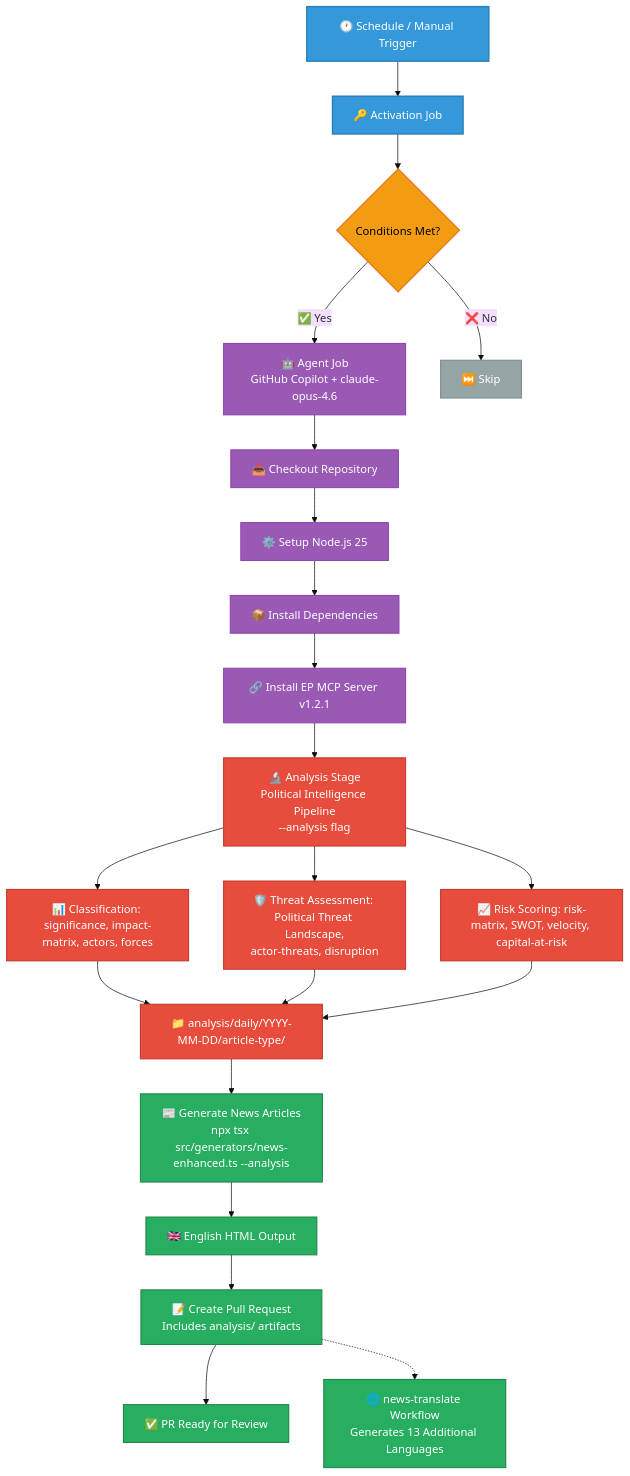
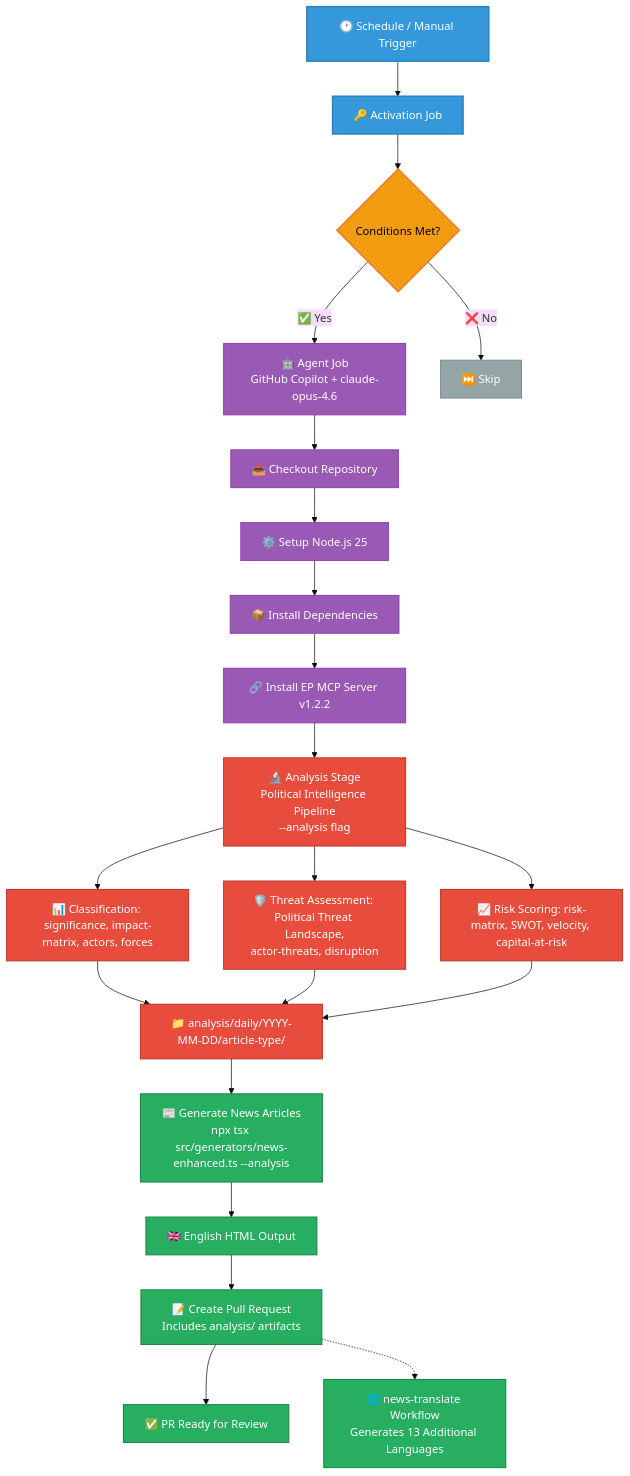
One commit to Hack23/euparliamentmonitor changed the third of 21 diagrams in WORKFLOWS.md. Above: the diagram before and after it, drawn with Mermaid (base theme). The commit also changed other lines of this file and 30 other files, not shown here.

First line of the commit message:
chore: align all european-parliament-mcp-server references to v1.2.2

````diff
--- a/WORKFLOWS.md
+++ b/WORKFLOWS.md
@@ -246,37 +246,37 @@
 ```mermaid
 graph TD
     A[🕐 Schedule / Manual Trigger] --> B[🔑 Activation Job]
     B --> C{Conditions Met?}
     C -->|✅ Yes| D[🤖 Agent Job<br/>GitHub Copilot + claude-opus-4.6]
     C -->|❌ No| E[⏭️ Skip]
     D --> F[📥 Checkout Repository]
     F --> G[⚙️ Setup Node.js 25]
     G --> H[📦 Install Dependencies]
-    H --> I[🔗 Install EP MCP Server v1.2.1]
+    H --> I[🔗 Install EP MCP Server v1.2.2]
     I --> J1[🔬 Analysis Stage<br/>Political Intelligence Pipeline<br/>--analysis flag]
     J1 --> J1a[📊 Classification: significance, impact-matrix, actors, forces]
     J1 --> J1b[🛡️ Threat Assessment: Political Threat Landscape,<br/>actor-threats, disruption]
     J1 --> J1c[📈 Risk Scoring: risk-matrix, SWOT, velocity, capital-at-risk]
     J1a --> J1d["📁 analysis/daily/YYYY-MM-DD/article-type/"]
     J1b --> J1d
     J1c --> J1d
     J1d --> J[📰 Generate News Articles<br/>npx tsx src/generators/news-enhanced.ts --analysis]
     J --> K[🇬🇧 English HTML Output]
     K --> L[📝 Create Pull Request<br/>Includes analysis/ artifacts]
     L --> M[✅ PR Ready for Review]
     L -.-> N[🌐 news-translate Workflow<br/>Generates 13 Additional Languages]
 
     classDef trigger fill:#3498db,stroke:#2980b9,stroke-width:2px,color:white
     classDef process fill:#9b59b6,stroke:#8e44ad,stroke-width:1.5px,color:white
     classDef decision fill:#f39c12,stroke:#e67e22,stroke-width:2px,color:black
     classDef skip fill:#95a5a6,stroke:#7f8c8d,stroke-width:1.5px,color:white
     classDef analysis fill:#e74c3c,stroke:#c0392b,stroke-width:1.5px,color:white
     classDef output fill:#27ae60,stroke:#1e8449,stroke-width:1.5px,color:white
 
     class A,B trigger
     class D,F,G,H,I process
     class C decision
     class E skip
     class J1,J1a,J1b,J1c,J1d analysis
     class J,K,L,M,N output
 ```
````
